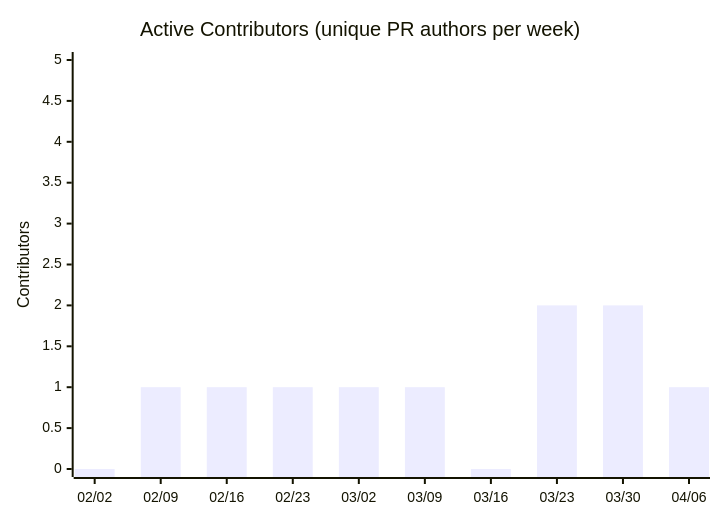
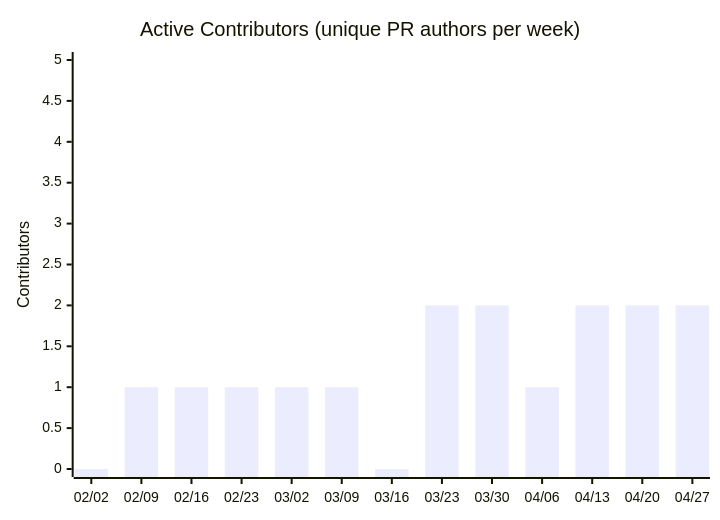
Before and after one commit to nablarch/nabledge-dev: the seventh of 14 diagrams in docs/metrics.md, drawn with Mermaid. The commit also changed other lines of this file and 2 other files, not shown here.

````diff
--- a/docs/metrics.md
+++ b/docs/metrics.md
@@ -109,7 +109,7 @@
 ```mermaid
 xychart-beta
   title "Active Contributors (unique PR authors per week)"
-  x-axis ["02/02", "02/09", "02/16", "02/23", "03/02", "03/09", "03/16", "03/23", "03/30", "04/06"]
+  x-axis ["02/02", "02/09", "02/16", "02/23", "03/02", "03/09", "03/16", "03/23", "03/30", "04/06", "04/13", "04/20", "04/27"]
   y-axis "Contributors" 0 --> 5
-  bar [0, 1, 1, 1, 1, 1, 0, 2, 2, 1]
+  bar [0, 1, 1, 1, 1, 1, 0, 2, 2, 1, 2, 2, 2]
 ```
````
